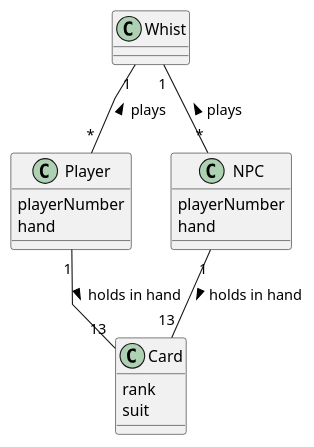
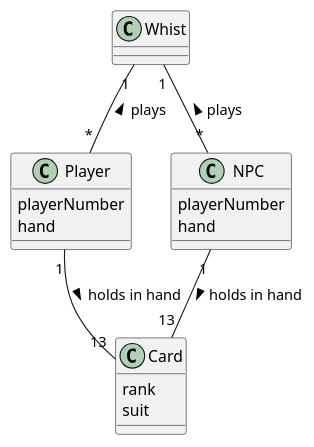
Before and after one commit to Haswf/Whist: the diagram in uml/DomainDiagram.puml, drawn with PlantUML. The commit also changed 1 other file, not shown here.

```diff
--- a/uml/DomainDiagram.puml
+++ b/uml/DomainDiagram.puml
@@ -1,28 +1,28 @@
 @startuml
 
-skinparam linetype polyline
+'skinparam linetype polyline
 
 class Player {
     playerNumber
     hand
 }
 
 class NPC {
     playerNumber
     hand
 }
 
 class Card {
     rank
     suit
 }
 
 class Whist {
 
 }
 
 Whist "1" -- "*" Player: plays <
 Whist "1" -- "*" NPC: plays <
 NPC "1" -- "13" Card: holds in hand >
 Player "1" -- "13" Card: holds in hand >
 @enduml
```
